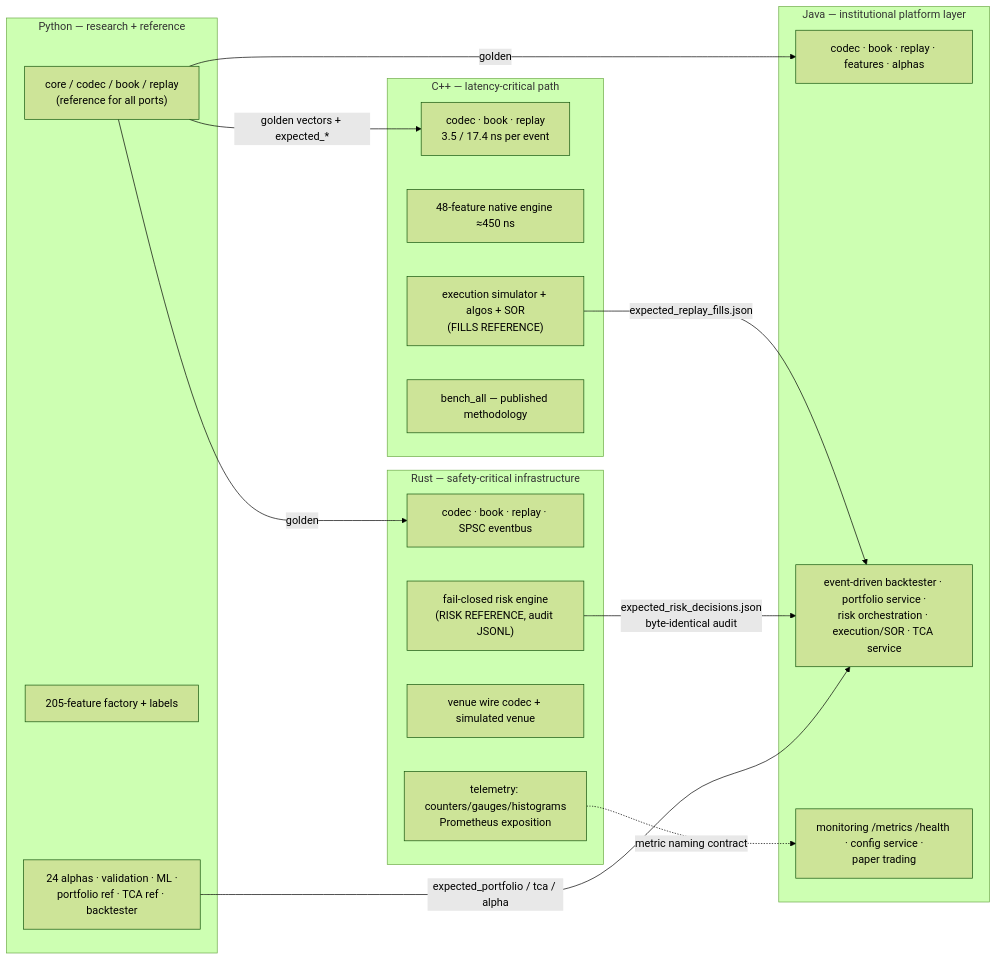
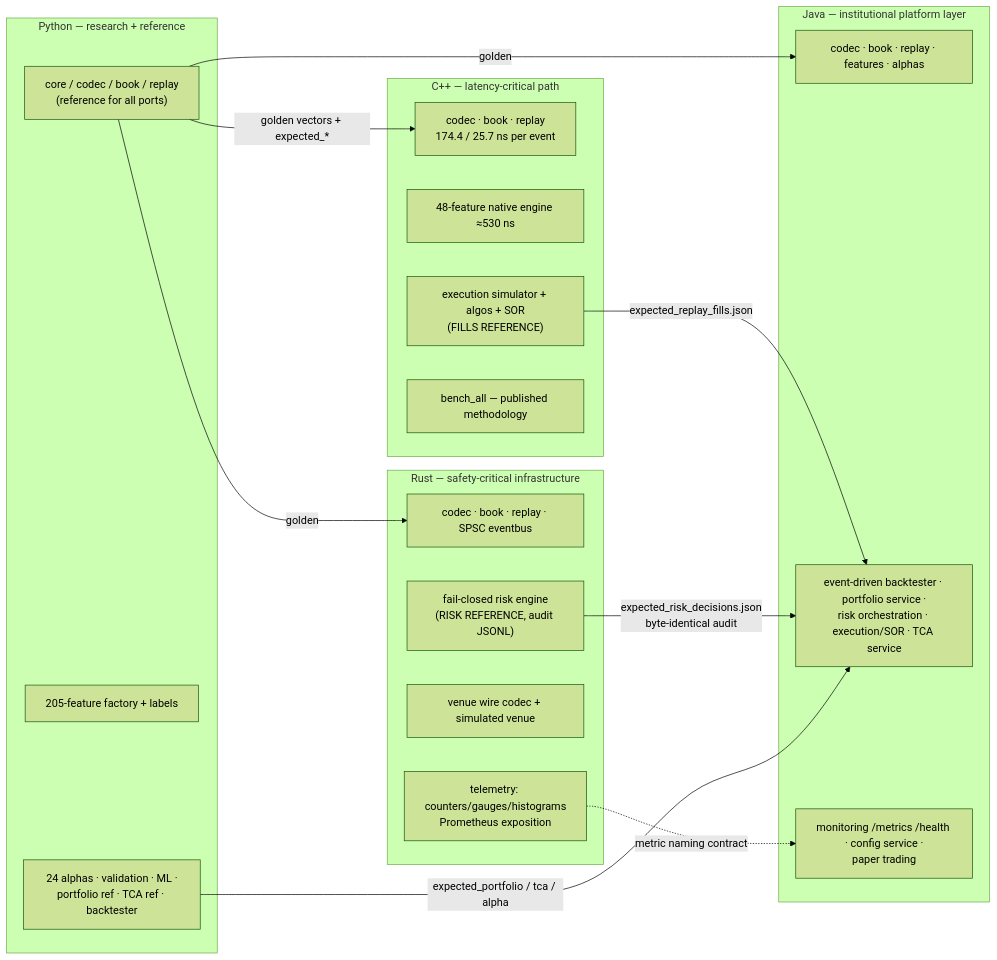
One commit to AshJha0/intraday-alpha-platform changed the fourth of 6 diagrams in docs/DIAGRAMS.md. Above: the diagram before and after it, drawn with Mermaid (forest theme). The commit also changed other lines of this file and 422 other files, not shown here.

````diff
--- a/docs/DIAGRAMS.md
+++ b/docs/DIAGRAMS.md
@@ -118,32 +121,32 @@
 ```mermaid
 flowchart LR
     subgraph PYL["Python — research + reference"]
         pcore["core / codec / book / replay<br/>(reference for all ports)"]
         pfeat["205-feature factory + labels"]
         presearch["24 alphas · validation · ML ·<br/>portfolio ref · TCA ref · backtester"]
     end
     subgraph CPPL["C++ — latency-critical path"]
-        ccore["codec · book · replay<br/>3.5 / 17.4 ns per event"]
-        cfeat["48-feature native engine ≈450 ns"]
+        ccore["codec · book · replay<br/>174.4 / 25.7 ns per event"]
+        cfeat["48-feature native engine ≈530 ns"]
         cexec["execution simulator + algos + SOR<br/>(FILLS REFERENCE)"]
         cbench["bench_all — published methodology"]
     end
     subgraph RSL["Rust — safety-critical infrastructure"]
         rcore["codec · book · replay · SPSC eventbus"]
         rrisk["fail-closed risk engine<br/>(RISK REFERENCE, audit JSONL)"]
         rven["venue wire codec + simulated venue"]
         rtel["telemetry: counters/gauges/histograms<br/>Prometheus exposition"]
     end
     subgraph JVL["Java — institutional platform layer"]
         jcore["codec · book · replay · features · alphas"]
         jplat["event-driven backtester · portfolio service ·<br/>risk orchestration · execution/SOR · TCA service"]
         jops["monitoring /metrics /health · config service ·<br/>paper trading"]
     end
     pcore -->|"golden vectors + expected_*"| ccore
     pcore -->|"golden"| rcore
     pcore -->|"golden"| jcore
     cexec -->|"expected_replay_fills.json"| jplat
     rrisk -->|"expected_risk_decisions.json<br/>byte-identical audit"| jplat
     presearch -->|"expected_portfolio / tca / alpha"| jplat
     rtel -.->|"metric naming contract"| jops
 ```
````
